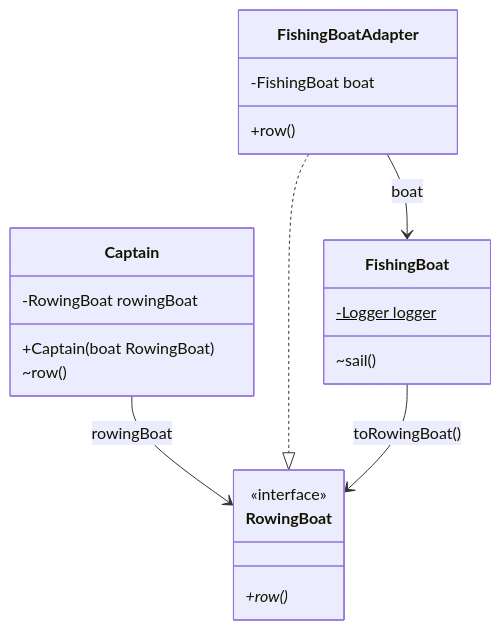
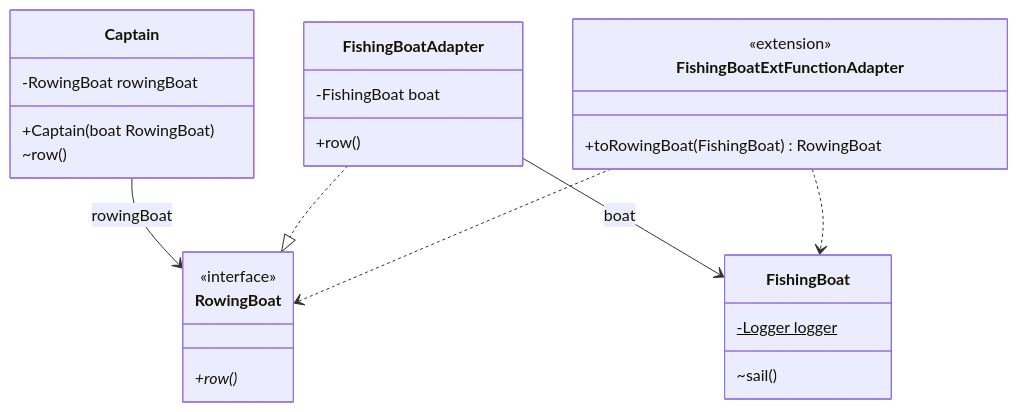
The diagram in adapter/README.md (yonatankarp/kotlin-design-patterns), drawn with Mermaid before and after one commit. The commit also changed 8 other files, not shown here.

First line of the commit message:
Fix Mermaid diagrams to match actual Kotlin implementations

````diff
--- a/adapter/README.md
+++ b/adapter/README.md
@@ -119,24 +119,29 @@
 ```mermaid
 classDiagram
     class Captain {
         -RowingBoat rowingBoat
         +Captain(boat RowingBoat)
         ~row()
     }
     class FishingBoat {
         -Logger logger$
         ~sail()
     }
     class FishingBoatAdapter {
         -FishingBoat boat
         +row()
     }
     class RowingBoat {
         <<interface>>
         +row()*
     }
     FishingBoatAdapter --> FishingBoat : boat
     Captain --> RowingBoat : rowingBoat
     FishingBoatAdapter ..|> RowingBoat
-    FishingBoat --> RowingBoat : toRowingBoat()
+    class FishingBoatExtFunctionAdapter {
+        <<extension>>
+        +toRowingBoat(FishingBoat) RowingBoat
+    }
+    FishingBoatExtFunctionAdapter ..> FishingBoat
+    FishingBoatExtFunctionAdapter ..> RowingBoat
 ```
````
